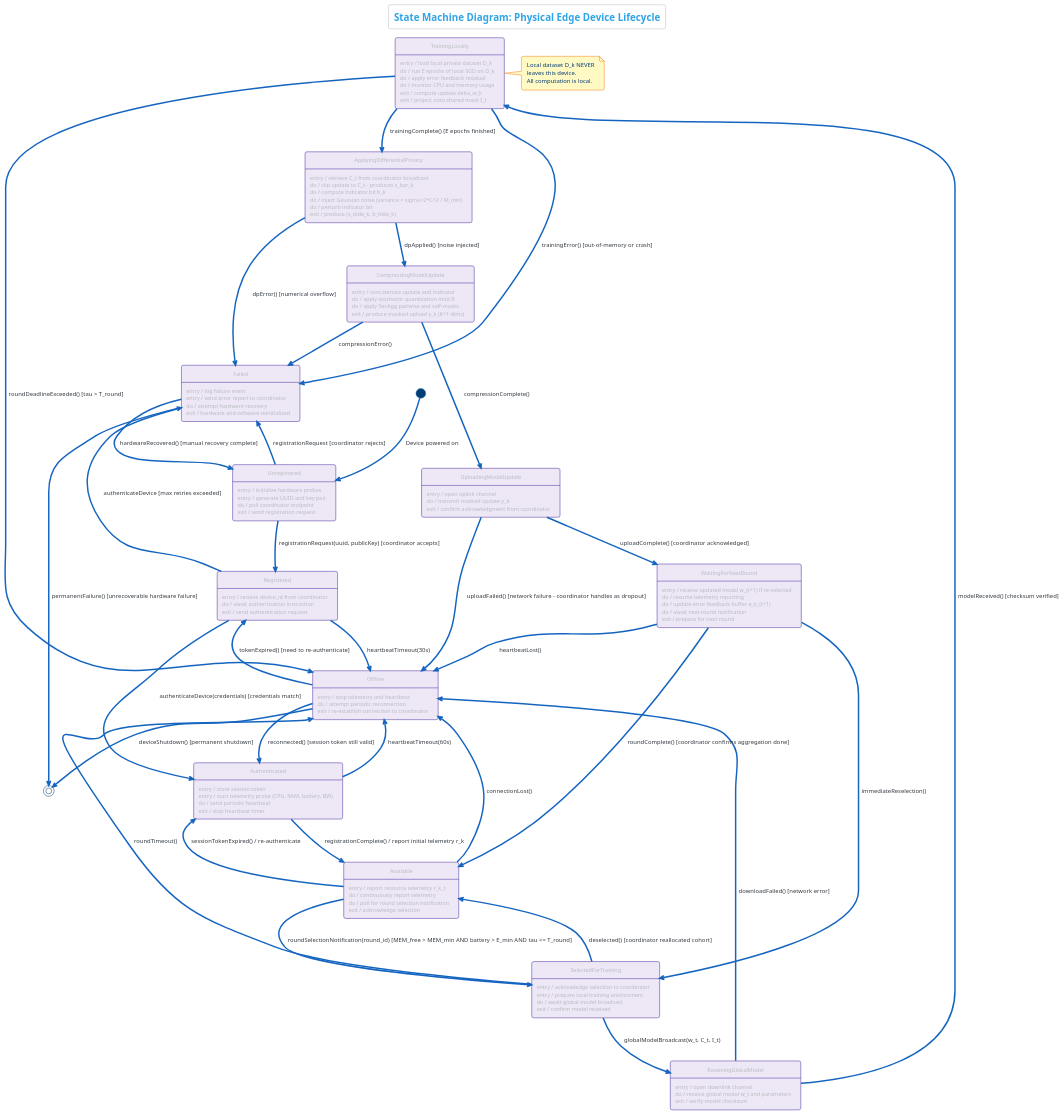
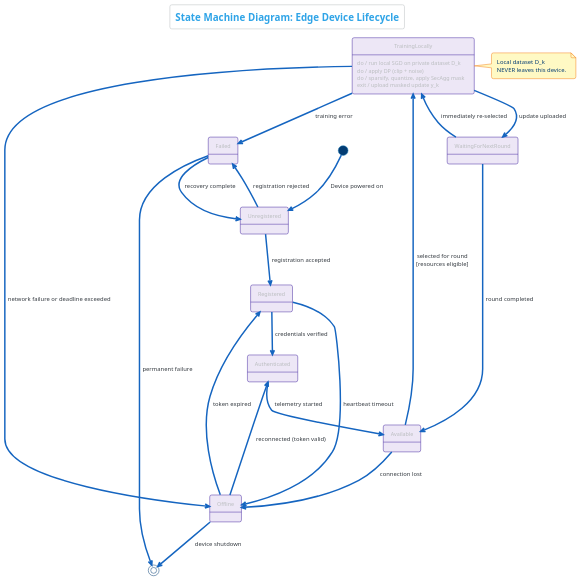
Before and after one commit to adarshkendre/uml-for-fl: the diagram in diagram-source-code/uml/state_machine_diagram.puml, drawn with PlantUML. The commit also changed 16 other files, not shown here.

Commit message:
feat: add comprehensive UML, DFD, ERD, and architecture diagrams for federated learning system

```diff
--- a/diagram-source-code/uml/state_machine_diagram.puml
+++ b/diagram-source-code/uml/state_machine_diagram.puml
@@ -1,171 +1,65 @@
 @startuml state_machine_diagram
 '=======================================================================
 ' STATE MACHINE DIAGRAM
 ' Lifecycle of a Physical Edge Device
 ' Privacy-Preserving and Resource-Aware Federated Learning System
 ' Standard: OMG UML 2.5.1
 ' Notation: PlantUML
 '=======================================================================
 
 !theme cerulean-outline
 skinparam state {
     BackgroundColor #EDE7F6
     BorderColor #4527A0
     ArrowColor #1565C0
     StartColor #1B5E20
     EndColor #B71C1C
     FontSize 11
 }
 skinparam note {
     BackgroundColor #FFF9C4
     BorderColor #F57F17
 }
 
-title State Machine Diagram: Physical Edge Device Lifecycle
+title State Machine Diagram: Edge Device Lifecycle
 
 [*] --> Unregistered : Device powered on
 
-state Unregistered {
-    Unregistered : entry / initialize hardware probes
-    Unregistered : entry / generate UUID and key pair
-    Unregistered : do / poll coordinator endpoint
-    Unregistered : exit / send registration request
-}
+Unregistered --> Registered : registration accepted
+Unregistered --> Failed : registration rejected
 
-Unregistered --> Registered : registrationRequest(uuid, publicKey) [coordinator accepts]
-Unregistered --> Failed : registrationRequest [coordinator rejects]
+Registered --> Authenticated : credentials verified
+Registered --> Offline : heartbeat timeout
 
-state Registered {
-    Registered : entry / receive device_id from coordinator
-    Registered : do / await authentication instruction
-    Registered : exit / send authentication request
-}
+Authenticated --> Available : telemetry started
 
-Registered --> Authenticated : authenticateDevice(credentials) [credentials match]
-Registered --> Failed : authenticateDevice [max retries exceeded]
-Registered --> Offline : heartbeatTimeout(30s)
-
-state Authenticated {
-    Authenticated : entry / store session token
-    Authenticated : entry / start telemetry probe (CPU, RAM, battery, BW)
-    Authenticated : do / send periodic heartbeat
-    Authenticated : exit / stop heartbeat timer
-}
-
-Authenticated --> Available : registrationComplete() / report initial telemetry r_k
-Authenticated --> Offline : heartbeatTimeout(60s)
-
-state Available {
-    Available : entry / report resource telemetry r_k_t
-    Available : do / continuously report telemetry
-    Available : do / poll for round selection notification
-    Available : exit / acknowledge selection
-}
-
-Available --> SelectedForTraining : roundSelectionNotification(round_id) [MEM_free > MEM_min AND battery > E_min AND tau <= T_round]
-Available --> Offline : connectionLost()
-Available --> Authenticated : sessionTokenExpired() / re-authenticate
-
-state SelectedForTraining {
-    SelectedForTraining : entry / acknowledge selection to coordinator
-    SelectedForTraining : entry / prepare local training environment
-    SelectedForTraining : do / await global model broadcast
-    SelectedForTraining : exit / confirm model received
-}
-
-SelectedForTraining --> ReceivingGlobalModel : globalModelBroadcast(w_t, C_t, I_t)
-SelectedForTraining --> Available : deselected() [coordinator reallocated cohort]
-SelectedForTraining --> Offline : roundTimeout()
-
-state ReceivingGlobalModel {
-    ReceivingGlobalModel : entry / open downlink channel
-    ReceivingGlobalModel : do / receive global model w_t and parameters
-    ReceivingGlobalModel : exit / verify model checksum
-}
-
-ReceivingGlobalModel --> TrainingLocally : modelReceived() [checksum verified]
-ReceivingGlobalModel --> Offline : downloadFailed() [network error]
+Available --> TrainingLocally : selected for round\n[resources eligible]
+Available --> Offline : connection lost
 
 state TrainingLocally {
-    TrainingLocally : entry / load local private dataset D_k
-    TrainingLocally : do / run E epochs of local SGD on D_k
-    TrainingLocally : do / apply error feedback residual
-    TrainingLocally : do / monitor CPU and memory usage
-    TrainingLocally : exit / compute update delta_w_k
-    TrainingLocally : exit / project onto shared mask I_t
+    TrainingLocally : do / run local SGD on private dataset D_k
+    TrainingLocally : do / apply DP (clip + noise)
+    TrainingLocally : do / sparsify, quantize, apply SecAgg mask
+    TrainingLocally : exit / upload masked update y_k
 }
 
 note right of TrainingLocally
-    Local dataset D_k NEVER
-    leaves this device.
-    All computation is local.
+    Local dataset D_k
+    NEVER leaves this device.
 end note
 
-TrainingLocally --> ApplyingDifferentialPrivacy : trainingComplete() [E epochs finished]
-TrainingLocally --> Failed : trainingError() [out-of-memory or crash]
-TrainingLocally --> Offline : roundDeadlineExceeded() [tau > T_round]
+TrainingLocally --> WaitingForNextRound : update uploaded
+TrainingLocally --> Offline : network failure or deadline exceeded
+TrainingLocally --> Failed : training error
 
-state ApplyingDifferentialPrivacy {
-    ApplyingDifferentialPrivacy : entry / retrieve C_t from coordinator broadcast
-    ApplyingDifferentialPrivacy : do / clip update to C_t - produces s_bar_k
-    ApplyingDifferentialPrivacy : do / compute indicator bit b_k
-    ApplyingDifferentialPrivacy : do / inject Gaussian noise (variance = sigma^2*C^2 / M_min)
-    ApplyingDifferentialPrivacy : do / perturb indicator bit
-    ApplyingDifferentialPrivacy : exit / produce (s_tilde_k, b_tilde_k)
-}
+WaitingForNextRound --> Available : round completed
+WaitingForNextRound --> TrainingLocally : immediately re-selected
 
-ApplyingDifferentialPrivacy --> CompressingModelUpdate : dpApplied() [noise injected]
-ApplyingDifferentialPrivacy --> Failed : dpError() [numerical overflow]
+Offline --> Authenticated : reconnected (token valid)
+Offline --> Registered : token expired
+Offline --> [*] : device shutdown
 
-state CompressingModelUpdate {
-    CompressingModelUpdate : entry / concatenate update and indicator
-    CompressingModelUpdate : do / apply stochastic quantization mod R
-    CompressingModelUpdate : do / apply SecAgg pairwise and self-masks
-    CompressingModelUpdate : exit / produce masked upload y_k (K+1 dims)
-}
-
-CompressingModelUpdate --> UploadingModelUpdate : compressionComplete()
-CompressingModelUpdate --> Failed : compressionError()
-
-state UploadingModelUpdate {
-    UploadingModelUpdate : entry / open uplink channel
-    UploadingModelUpdate : do / transmit masked update y_k
-    UploadingModelUpdate : exit / confirm acknowledgment from coordinator
-}
-
-UploadingModelUpdate --> WaitingForNextRound : uploadComplete() [coordinator acknowledged]
-UploadingModelUpdate --> Offline : uploadFailed() [network failure - coordinator handles as dropout]
-
-state WaitingForNextRound {
-    WaitingForNextRound : entry / receive updated model w_(t+1) if re-selected
-    WaitingForNextRound : do / resume telemetry reporting
-    WaitingForNextRound : do / update error feedback buffer e_k_(t+1)
-    WaitingForNextRound : do / await next round notification
-    WaitingForNextRound : exit / prepare for next round
-}
-
-WaitingForNextRound --> Available : roundComplete() [coordinator confirms aggregation done]
-WaitingForNextRound --> SelectedForTraining : immediateReselection()
-WaitingForNextRound --> Offline : heartbeatLost()
-
-state Offline {
-    Offline : entry / stop telemetry and heartbeat
-    Offline : do / attempt periodic reconnection
-    Offline : exit / re-establish connection to coordinator
-}
-
-Offline --> Authenticated : reconnected() [session token still valid]
-Offline --> Registered : tokenExpired() [need to re-authenticate]
-Offline --> [*] : deviceShutdown() [permanent shutdown]
-
-state Failed {
-    Failed : entry / log failure event
-    Failed : entry / send error report to coordinator
-    Failed : do / attempt hardware recovery
-    Failed : exit / hardware and software reinitialized
-}
-
-Failed --> Unregistered : hardwareRecovered() [manual recovery complete]
-Failed --> [*] : permanentFailure() [unrecoverable hardware failure]
+Failed --> Unregistered : recovery complete
+Failed --> [*] : permanent failure
 
 @enduml
```
